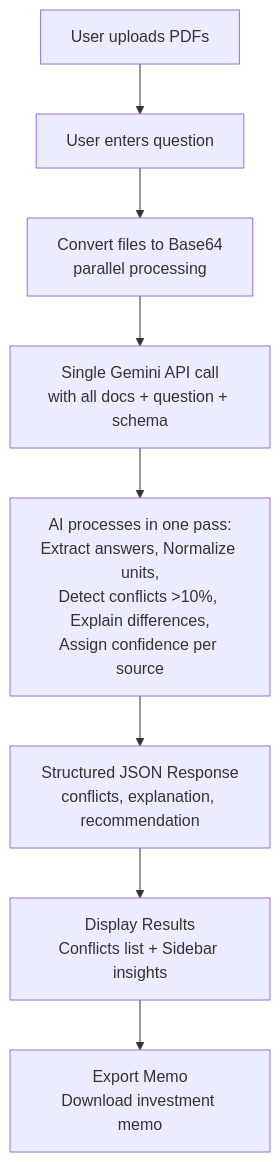
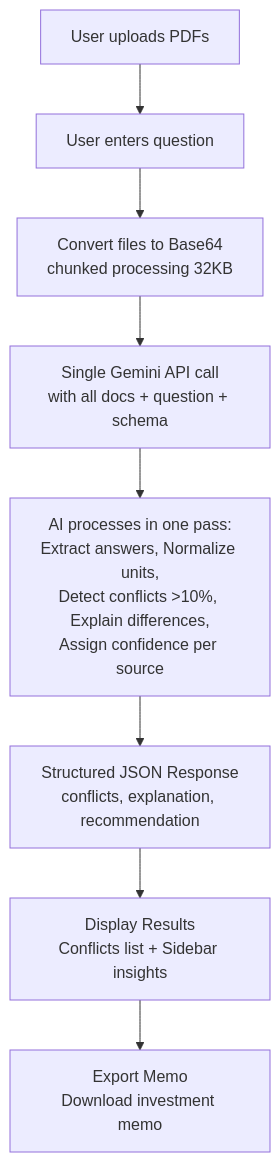
The second of 3 diagrams in README.md (sivaratrisrinivas/clash), drawn with Mermaid before and after one commit. The commit also changed other lines of this file, not shown here.

````diff
--- a/README.md
+++ b/README.md
@@ -44,10 +81,10 @@
 ```mermaid
 flowchart TD
     A[User uploads PDFs] --> B[User enters question]
-    B --> C[Convert files to Base64<br/>parallel processing]
+    B --> C[Convert files to Base64<br/>chunked processing 32KB]
     C --> D[Single Gemini API call<br/>with all docs + question + schema]
     D --> E[AI processes in one pass:<br/>Extract answers, Normalize units,<br/>Detect conflicts >10%, Explain differences,<br/>Assign confidence per source]
     E --> F[Structured JSON Response<br/>conflicts, explanation, recommendation]
     F --> G[Display Results<br/>Conflicts list + Sidebar insights]
     G --> H[Export Memo<br/>Download investment memo]
 ```
````
